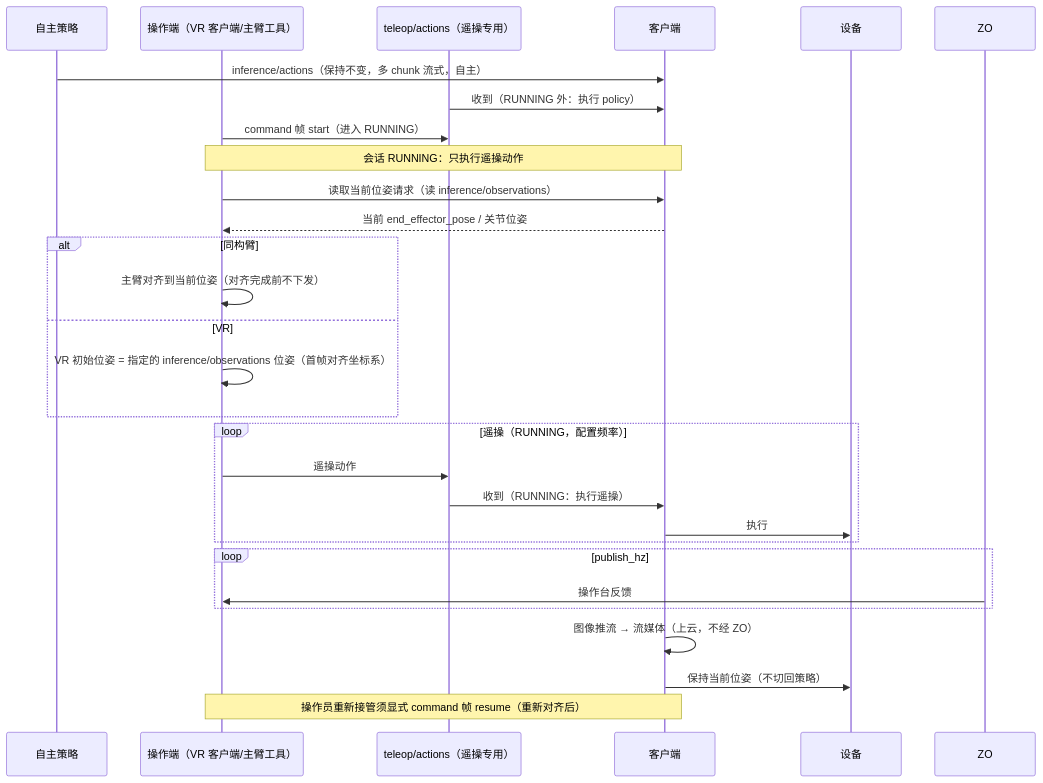
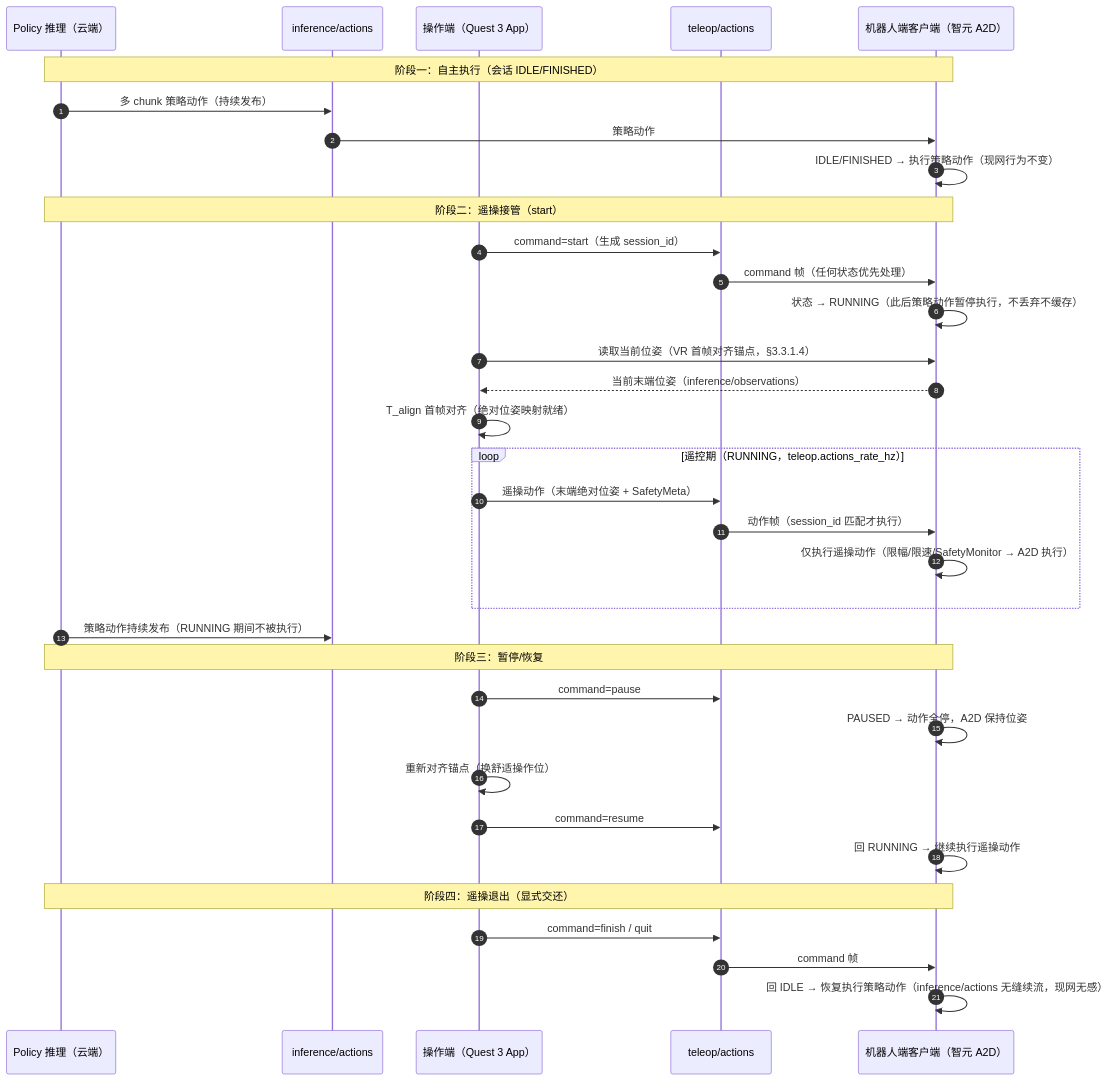
The diagram in docs/design/r2c-teleop-data-collection-design.md (vincentguiling/cloudrobo-sdk-client), drawn with Mermaid before and after one commit. The commit also changed other lines of this file, not shown here.

Commit message:
docs(design): v2.5——移除本地遥操并圈定 Quest3+A2D；新增接管/退出与 policy 交互时序图、机器人接入接口（A2D）、遥操 protobuf 协议设计与 Quest3 App 方案

````diff
--- a/docs/design/r2c-teleop-data-collection-design.md
+++ b/docs/design/r2c-teleop-data-collection-design.md
@@ -130,31 +134,41 @@
 ```mermaid
 sequenceDiagram
-    participant P as 自主策略
-    participant O as 操作端（VR 客户端/主臂工具）
-    participant ZA as teleop/actions（遥操专用）
-    participant C as 客户端
-    participant F as 设备
+    autonumber
+    participant P as Policy 推理（云端）
+    participant IA as inference/actions
+    participant OP as 操作端（Quest 3 App）
+    participant TA as teleop/actions
+    participant C as 机器人端客户端（智元 A2D）
 
-    P->>C: inference/actions（保持不变，多 chunk 流式，自主）
-    ZA->>C: 收到（RUNNING 外：执行 policy）
-    O->>ZA: command 帧 start（进入 RUNNING）
-    Note over O,C: 会话 RUNNING：只执行遥操动作
-    O->>C: 读取当前位姿请求（读 inference/observations）
-    C-->>O: 当前 end_effector_pose / 关节位姿
-    alt 同构臂
-        O->>O: 主臂对齐到当前位姿（对齐完成前不下发）
-    else VR
-        O->>O: VR 初始位姿 = 指定的 inference/observations 位姿（首帧对齐坐标系）
+    Note over P,C: 阶段一：自主执行（会话 IDLE/FINISHED）
+    P->>IA: 多 chunk 策略动作（持续发布）
+    IA->>C: 策略动作
+    C->>C: IDLE/FINISHED → 执行策略动作（现网行为不变）
+
+    Note over P,C: 阶段二：遥操接管（start）
+    OP->>TA: command=start（生成 session_id）
+    TA->>C: command 帧（任何状态优先处理）
+    C->>C: 状态 → RUNNING（此后策略动作暂停执行，不丢弃不缓存）
+    OP->>C: 读取当前位姿（VR 首帧对齐锚点，§3.3.1.4）
+    C-->>OP: 当前末端位姿（inference/observations）
+    OP->>OP: T_align 首帧对齐（绝对位姿映射就绪）
+
+    loop 遥控期（RUNNING，teleop.actions_rate_hz）
+        OP->>TA: 遥操动作（末端绝对位姿 + SafetyMeta）
+        TA->>C: 动作帧（session_id 匹配才执行）
+        C->>C: 仅执行遥操动作（限幅/限速/SafetyMonitor → A2D 执行）
     end
-    loop 遥操（RUNNING，配置频率）
-        O->>ZA: 遥操动作
-        ZA->>C: 收到（RUNNING：执行遥操）
-        C->>F: 执行
-    end
-    loop publish_hz
-        ZO->>O: 操作台反馈
-    end
-    C->>C: 图像推流 → 流媒体（上云，不经 ZO）
-    C->>F: 保持当前位姿（不切回策略）
-    Note over O,C: 操作员重新接管须显式 command 帧 resume（重新对齐后）
+    P->>IA: 策略动作持续发布（RUNNING 期间不被执行）
+
+    Note over P,C: 阶段三：暂停/恢复
+    OP->>TA: command=pause
+    C->>C: PAUSED → 动作全停，A2D 保持位姿
+    OP->>OP: 重新对齐锚点（换舒适操作位）
+    OP->>TA: command=resume
+    C->>C: 回 RUNNING → 继续执行遥操动作
+
+    Note over P,C: 阶段四：遥操退出（显式交还）
+    OP->>TA: command=finish / quit
+    TA->>C: command 帧
+    C->>C: 回 IDLE → 恢复执行策略动作（inference/actions 无缝续流，现网无感）
 ```
````
